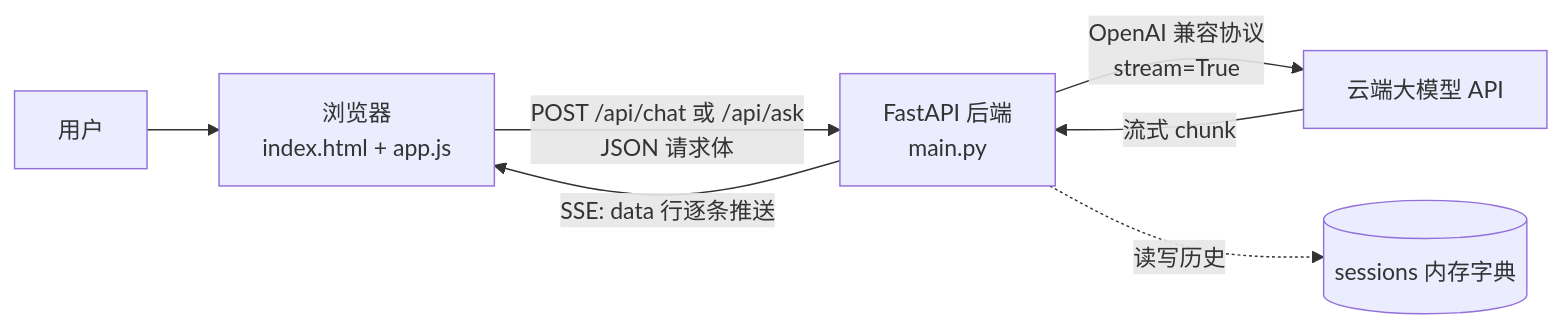
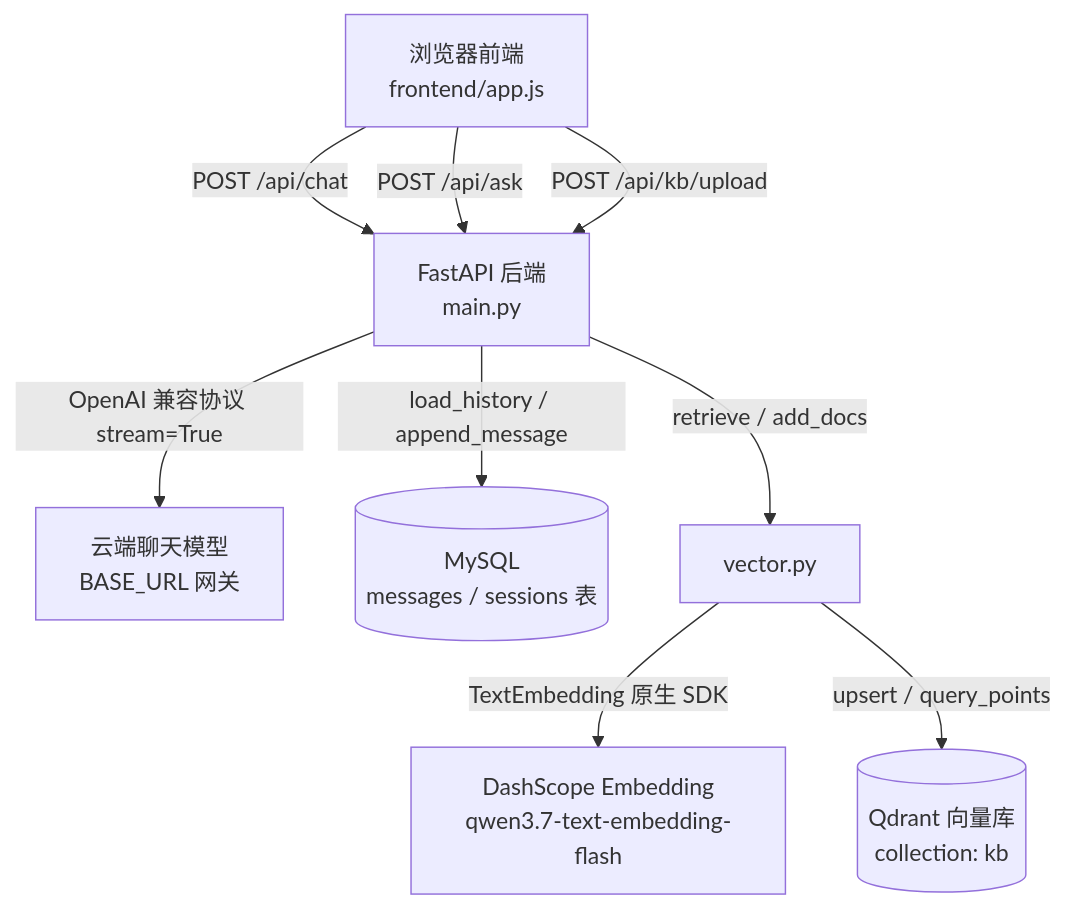
Before and after one commit to zuoxiangf/mini_qianwen: the diagram in README.md, drawn with Mermaid. The commit also changed other lines of this file and 5 other files, not shown here.

````diff
--- a/README.md
+++ b/README.md
@@ -117,9 +34,11 @@
 ```mermaid
-graph LR
-    U[用户] --> A[浏览器<br/>index.html + app.js]
-    A -->|"POST /api/chat 或 /api/ask<br/>JSON 请求体"| B[FastAPI 后端<br/>main.py]
-    B -->|"OpenAI 兼容协议<br/>stream=True"| C[云端大模型 API]
-    C -->|"流式 chunk"| B
-    B -->|"SSE: data 行逐条推送"| A
-    B -.->|"读写历史"| D[(sessions 内存字典)]
+graph TB
+    A[浏览器前端<br/>frontend/app.js] -->|"POST /api/chat"| B[FastAPI 后端<br/>main.py]
+    A -->|"POST /api/ask"| B
+    A -->|"POST /api/kb/upload"| B
+    B -->|"OpenAI 兼容协议 stream=True"| C[云端聊天模型<br/>BASE_URL 网关]
+    B -->|"load_history / append_message"| D[(MySQL<br/>messages / sessions 表)]
+    B -->|"retrieve / add_docs"| E[vector.py]
+    E -->|"TextEmbedding 原生 SDK"| F[DashScope Embedding<br/>qwen3.7-text-embedding-flash]
+    E -->|"upsert / query_points"| G[(Qdrant 向量库<br/>collection: kb)]
 ```
````
